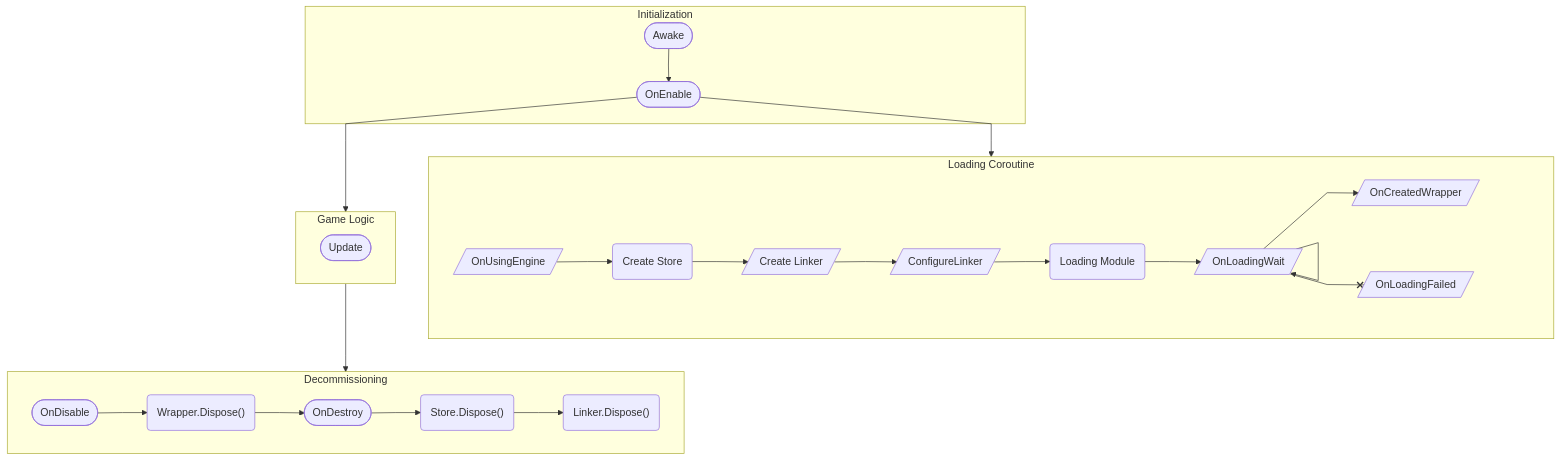
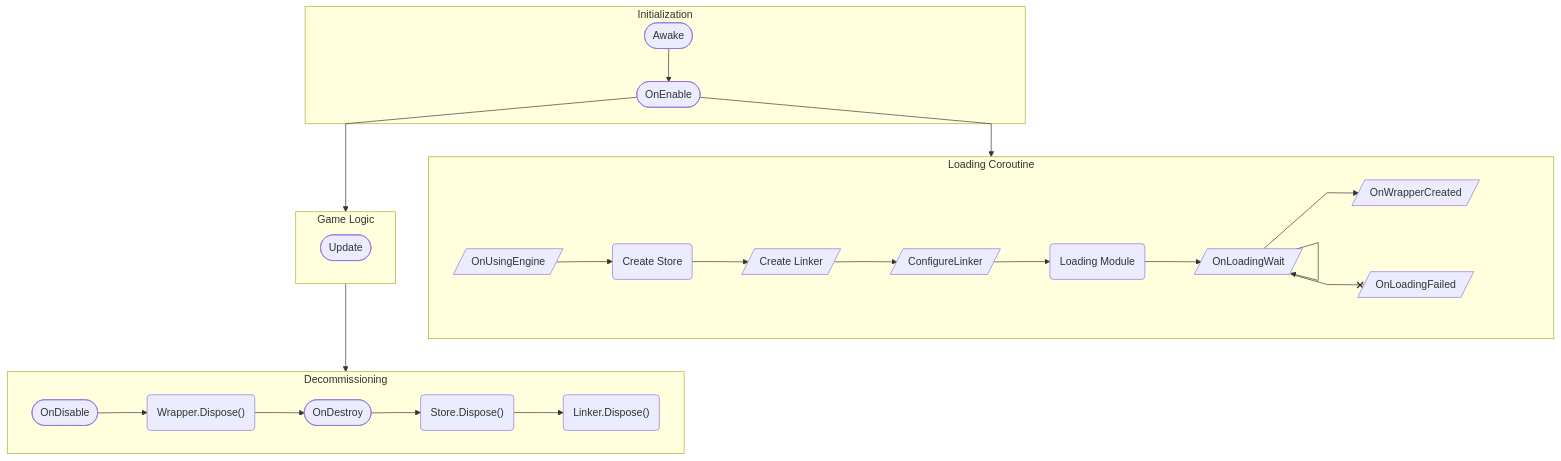
Before and after one commit to Placeholder-Software/wasmbox: the diagram in docs/reference/code/simplewasmmonobehaviour.md, drawn with Mermaid. The commit also changed other lines of this file and 3 other files, not shown here.

````diff
--- a/docs/reference/code/simplewasmmonobehaviour.md
+++ b/docs/reference/code/simplewasmmonobehaviour.md
@@ -11,40 +11,40 @@
 ```mermaid
 flowchart TD;
 %%{ init : { "flowchart" : { "curve" : "linear" }}}%%
 
     subgraph idinit ["Initialization"]
         Awake([Awake])
             --> OnEnable([OnEnable])
     end
 
     OnEnable --> idcoro
 
     subgraph idcoro ["Loading Coroutine"]
         OnUsingEngine[/"OnUsingEngine"/]
             --> Store("Create Store")
             --> Linker[/"Create Linker"/]
             --> ConfigLinker[/"ConfigureLinker"/]
             --> LoadingModule("Loading Module")
             --> OnLoadingWait[/"OnLoadingWait"/]
-            --> OnCreatedWrapper[/"OnCreatedWrapper"/]
+            --> OnWrapperCreated[/"OnWrapperCreated"/]
 
         OnLoadingWait --> OnLoadingWait
         OnLoadingWait --x OnLoadingFailed[/"OnLoadingFailed"/]
     end
 
     OnEnable --> idupdate
 
     subgraph idupdate ["Game Logic"]
         Update([Update])
     end
 
     idupdate --> iddisable
 
     subgraph iddisable ["Decommissioning"]
         OnDisable([OnDisable])
             --> WrapperDispose("Wrapper.Dispose()")
             --> OnDestroy([OnDestroy])
             --> StoreDispose("Store.Dispose()")
             --> LinkerDispose("Linker.Dispose()")
     end
 ```
````
